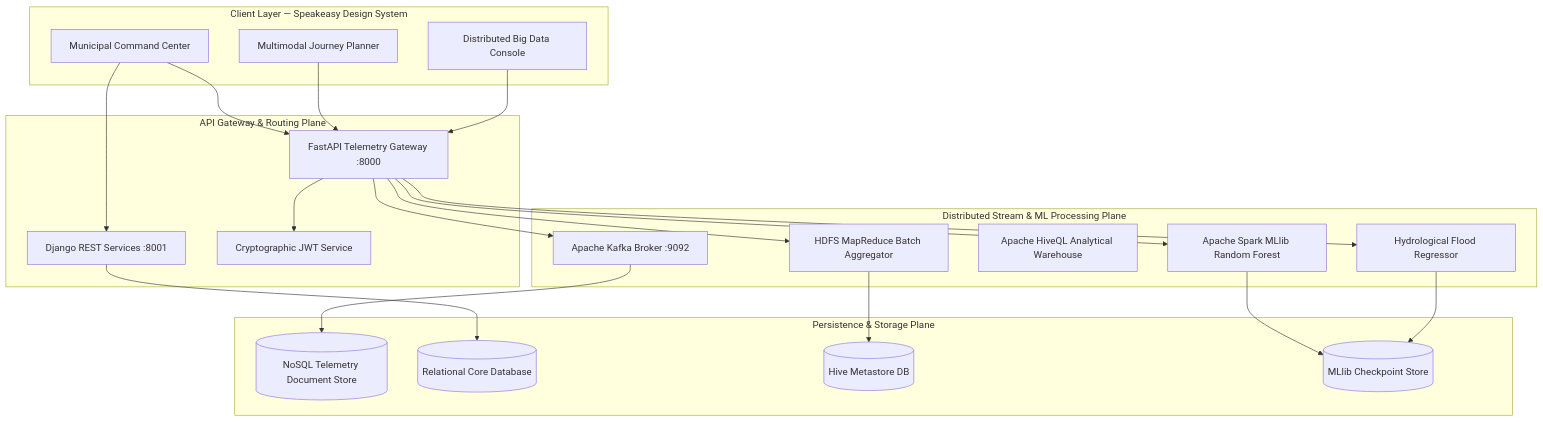
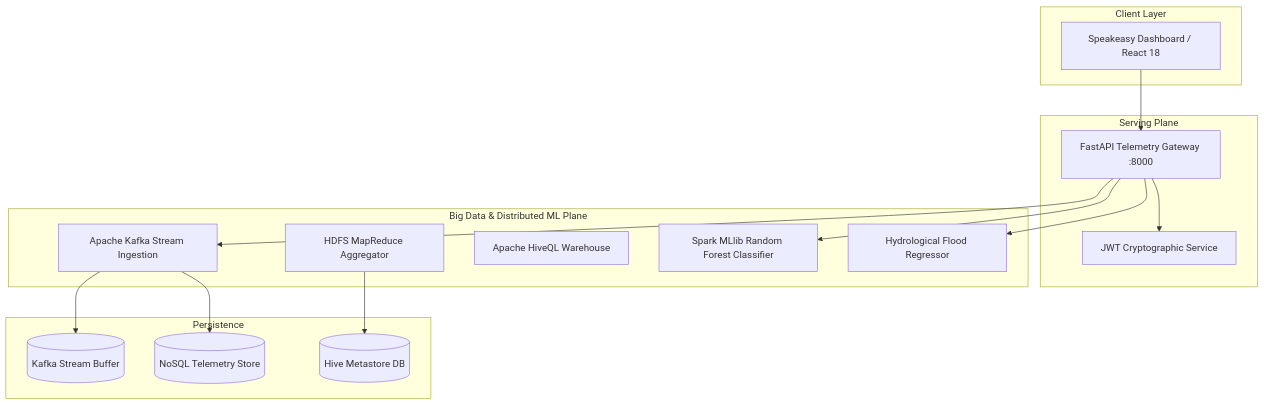
The diagram in README.md (yuvanvishnupandi/lambda-mobility), drawn with Mermaid before and after one commit. The commit also changed other lines of this file, not shown here.

````diff
--- a/README.md
+++ b/README.md
@@ -62,47 +92,34 @@
 ```mermaid
 graph TD
+    subgraph Client["Client Layer"]
+        UI[Speakeasy Dashboard / React 18]
+    end
 
-subgraph Client["Client Layer — Speakeasy Design System"]
-UI_COMMAND[Municipal Command Center]
-UI_TRANSIT[Multimodal Journey Planner]
-UI_BIGDATA[Distributed Big Data Console]
-end
+    subgraph Serving["Serving Plane"]
+        API[FastAPI Telemetry Gateway :8000]
+        AUTH[JWT Cryptographic Service]
+    end
 
-subgraph Gateway["API Gateway & Routing Plane"]
-FASTAPI[FastAPI Telemetry Gateway :8000]
-DJANGO[Django REST Services :8001]
-AUTH_SERVICE[Cryptographic JWT Service]
-end
+    subgraph BigData["Big Data & Distributed ML Plane"]
+        KAFKA[Apache Kafka Stream Ingestion]
+        HDFS[HDFS MapReduce Aggregator]
+        HIVE[Apache HiveQL Warehouse]
+        SPARK[Spark MLlib Random Forest Classifier]
+        FLOOD[Hydrological Flood Regressor]
+    end
 
-subgraph BigDataPlane["Distributed Stream & ML Processing Plane"]
-KAFKA[Apache Kafka Broker :9092]
-HDFS[HDFS MapReduce Batch Aggregator]
-HIVE[Apache HiveQL Analytical Warehouse]
-SPARK[Apache Spark MLlib Random Forest]
-FLOOD_AI[Hydrological Flood Regressor]
-end
+    subgraph Storage["Persistence"]
+        BUFFER[(Kafka Stream Buffer)]
+        STORE[(NoSQL Telemetry Store)]
+        METASTORE[(Hive Metastore DB)]
+    end
 
-subgraph Persistence["Persistence & Storage Plane"]
-NOSQL[(NoSQL Telemetry Document Store)]
-SQLITE[(Relational Core Database)]
-METASTORE[(Hive Metastore DB)]
-MODELS[(MLlib Checkpoint Store)]
-end
-
-UI_COMMAND --> FASTAPI
-UI_TRANSIT --> FASTAPI
-UI_BIGDATA --> FASTAPI
-UI_COMMAND --> DJANGO
-
-FASTAPI --> AUTH_SERVICE
-FASTAPI --> KAFKA
-FASTAPI --> HDFS
-FASTAPI --> SPARK
-FASTAPI --> FLOOD_AI
-DJANGO --> SQLITE
-
-KAFKA --> NOSQL
-HDFS --> METASTORE
-SPARK --> MODELS
-FLOOD_AI --> MODELS
+    UI --> API
+    API --> AUTH
+    API --> KAFKA
+    API --> SPARK
+    API --> FLOOD
+    KAFKA --> BUFFER
+    KAFKA --> STORE
+    HDFS --> METASTORE
 ```
````
